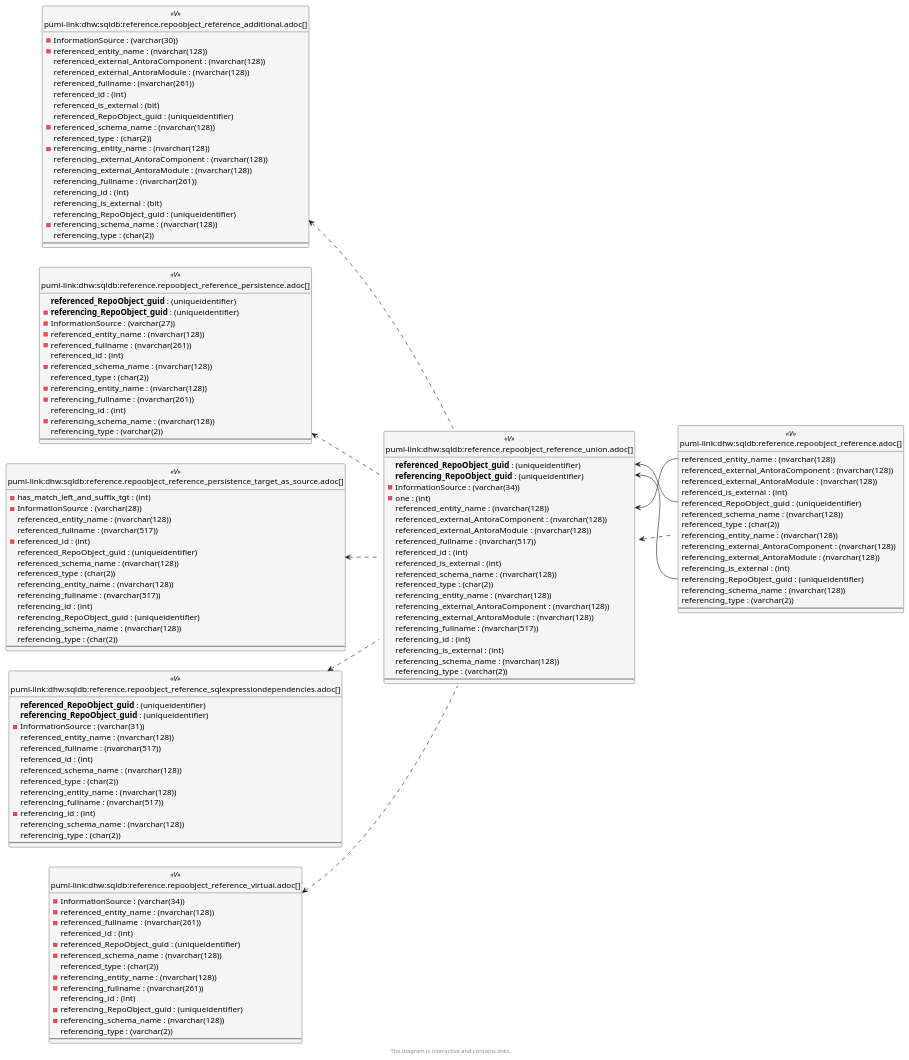
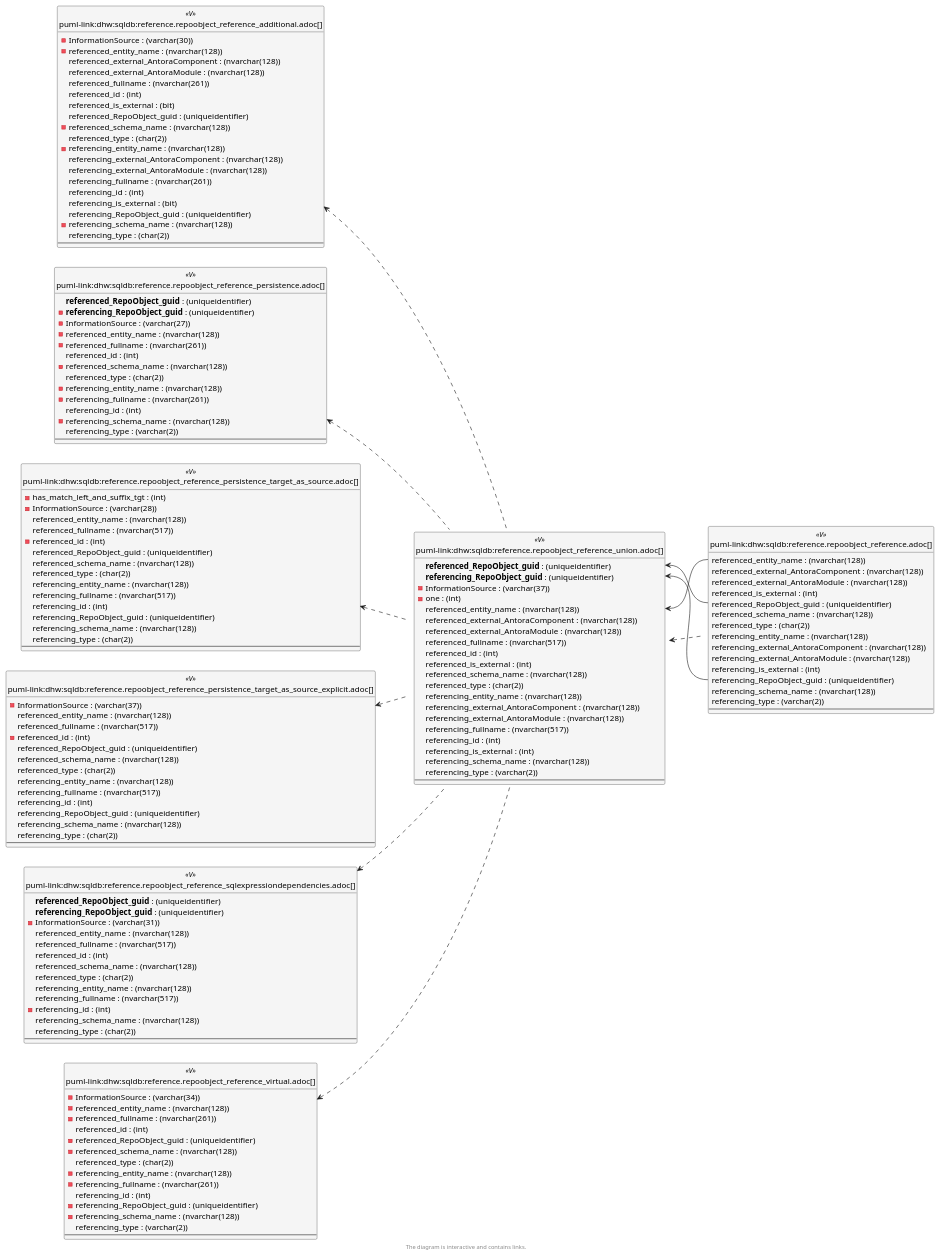
One commit to DataHandwerk/dhw-antora-sqldb changed the sixth of 6 diagrams in docs/modules/sqldb/partials/content/reference.repoobject_reference_union.adoc. Above: the diagram before and after it, drawn with PlantUML. The commit also changed other lines of this file and 751 other files, not shown here.

```diff
--- a/docs/modules/sqldb/partials/content/reference.repoobject_reference_union.adoc
+++ b/docs/modules/sqldb/partials/content/reference.repoobject_reference_union.adoc
@@ -2934,6 +2950,23 @@
   --
 }
 
+entity "puml-link:dhw:sqldb:reference.repoobject_reference_persistence_target_as_source_explicit.adoc[]" as reference.RepoObject_reference_persistence_target_as_source_explicit << V >> {
+  - InformationSource : (varchar(37))
+  referenced_entity_name : (nvarchar(128))
+  referenced_fullname : (nvarchar(517))
+  - referenced_id : (int)
+  referenced_RepoObject_guid : (uniqueidentifier)
+  referenced_schema_name : (nvarchar(128))
+  referenced_type : (char(2))
+  referencing_entity_name : (nvarchar(128))
+  referencing_fullname : (nvarchar(517))
+  referencing_id : (int)
+  referencing_RepoObject_guid : (uniqueidentifier)
+  referencing_schema_name : (nvarchar(128))
+  referencing_type : (char(2))
+  --
+}
+
 entity "puml-link:dhw:sqldb:reference.repoobject_reference_sqlexpressiondependencies.adoc[]" as reference.RepoObject_reference_SqlExpressionDependencies << V >> {
   **referenced_RepoObject_guid** : (uniqueidentifier)
   **referencing_RepoObject_guid** : (uniqueidentifier)
@@ -2954,7 +2987,7 @@
 entity "puml-link:dhw:sqldb:reference.repoobject_reference_union.adoc[]" as reference.RepoObject_reference_union << V >> {
   **referenced_RepoObject_guid** : (uniqueidentifier)
   **referencing_RepoObject_guid** : (uniqueidentifier)
-  - InformationSource : (varchar(34))
+  - InformationSource : (varchar(37))
   - one : (int)
   referenced_entity_name : (nvarchar(128))
   referenced_external_AntoraComponent : (nvarchar(128))
@@ -2995,6 +3028,7 @@
 reference.RepoObject_reference_additional <.. reference.RepoObject_reference_union
 reference.RepoObject_reference_persistence <.. reference.RepoObject_reference_union
 reference.RepoObject_reference_persistence_target_as_source <.. reference.RepoObject_reference_union
+reference.RepoObject_reference_persistence_target_as_source_explicit <.. reference.RepoObject_reference_union
 reference.RepoObject_reference_SqlExpressionDependencies <.. reference.RepoObject_reference_union
 reference.RepoObject_reference_union <.. reference.RepoObject_reference
 reference.RepoObject_reference_virtual <.. reference.RepoObject_reference_union
```
